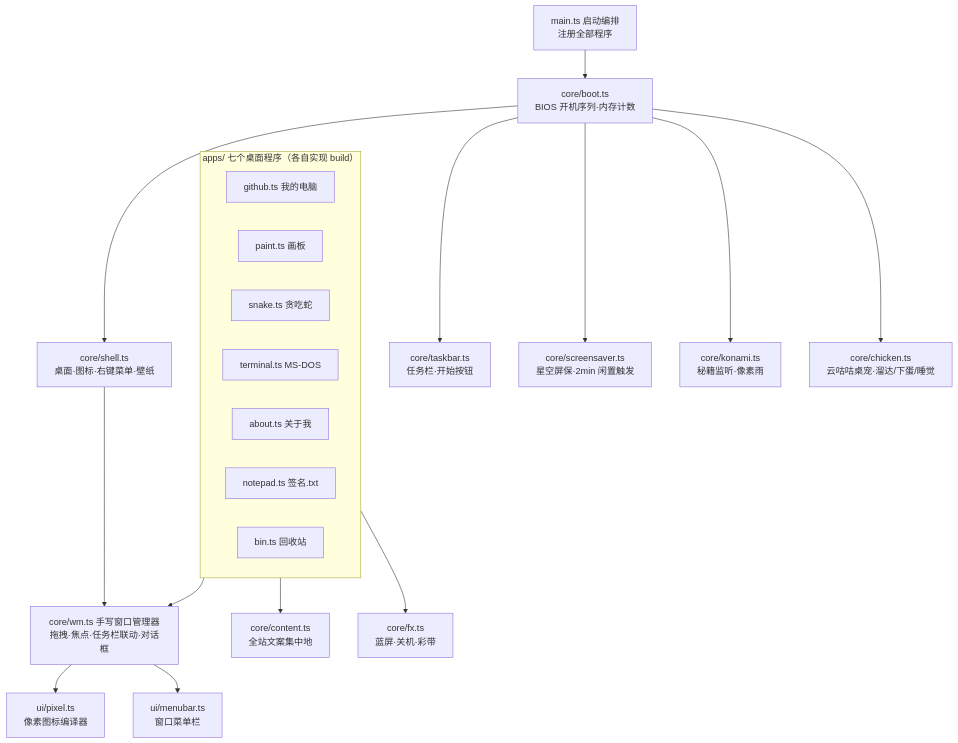
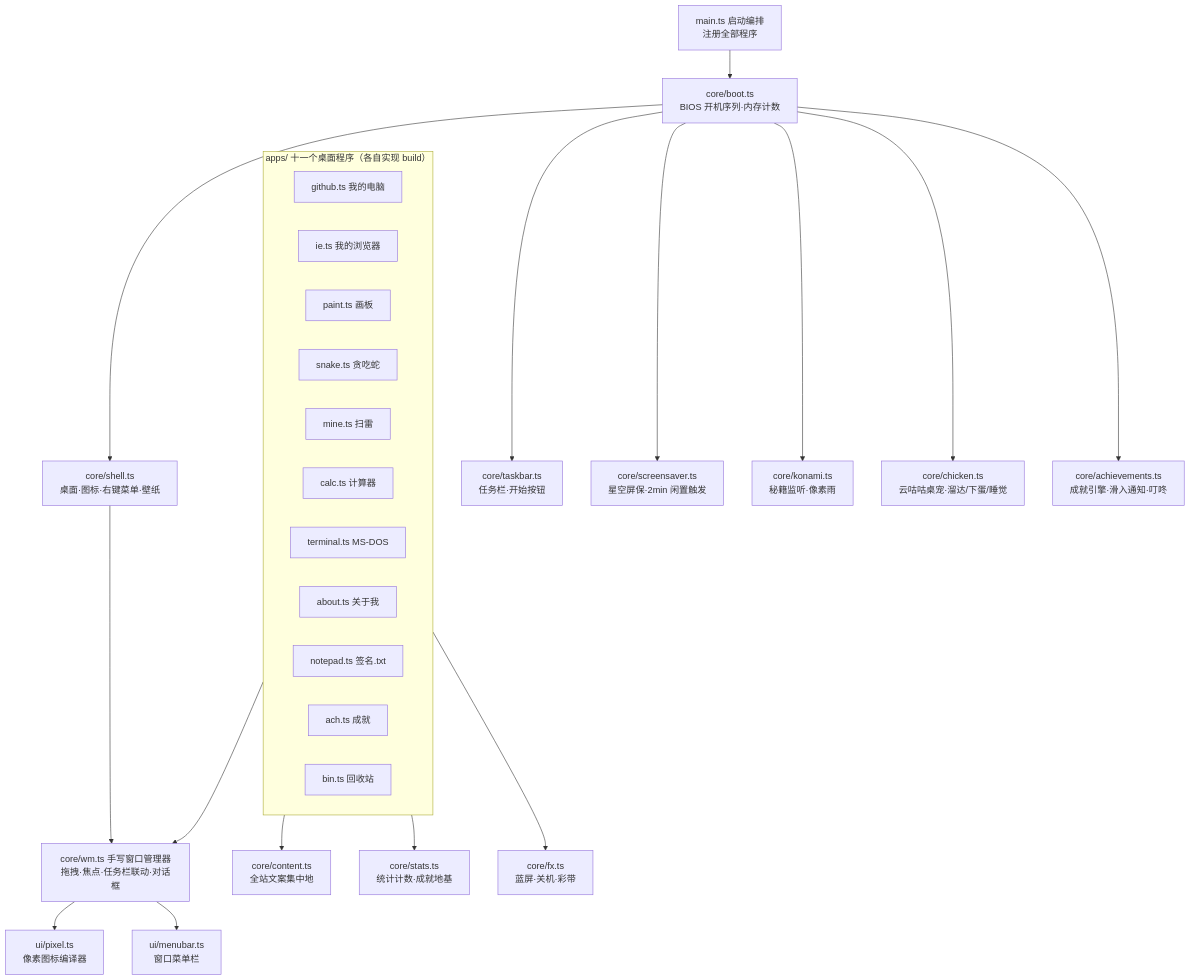
Before and after one commit to WeatherCore/Cloud-1998: the diagram in README.md, drawn with Mermaid. The commit also changed other lines of this file, not shown here.

````diff
--- a/README.md
+++ b/README.md
@@ -57,26 +67,32 @@
 ```mermaid
 flowchart TB
     main["main.ts 启动编排<br/>注册全部程序"] --> boot["core/boot.ts<br/>BIOS 开机序列·内存计数"]
     boot --> shell["core/shell.ts<br/>桌面·图标·右键菜单·壁纸"]
     boot --> taskbar["core/taskbar.ts<br/>任务栏·开始按钮"]
     boot --> saver["core/screensaver.ts<br/>星空屏保·2min 闲置触发"]
     boot --> konami["core/konami.ts<br/>秘籍监听·像素雨"]
     boot --> gugu["core/chicken.ts<br/>云咕咕桌宠·溜达/下蛋/睡觉"]
+    boot --> achv["core/achievements.ts<br/>成就引擎·滑入通知·叮咚"]
 
     shell --> wm
-    subgraph APPS ["apps/ 七个桌面程序（各自实现 build）"]
+    subgraph APPS ["apps/ 十一个桌面程序（各自实现 build）"]
         direction LR
         gh["github.ts 我的电脑"]
+        ie["ie.ts 我的浏览器"]
         paint["paint.ts 画板"]
         snake["snake.ts 贪吃蛇"]
+        mine["mine.ts 扫雷"]
+        calc["calc.ts 计算器"]
         term["terminal.ts MS-DOS"]
         about["about.ts 关于我"]
         note["notepad.ts 签名.txt"]
+        achApp["ach.ts 成就"]
         bin["bin.ts 回收站"]
     end
     APPS --> wm["core/wm.ts 手写窗口管理器<br/>拖拽·焦点·任务栏联动·对话框"]
     wm --> pixel["ui/pixel.ts<br/>像素图标编译器"]
     wm --> menubar["ui/menubar.ts<br/>窗口菜单栏"]
     APPS --> content["core/content.ts<br/>全站文案集中地"]
+    APPS --> stats["core/stats.ts<br/>统计计数·成就地基"]
     term --> fx["core/fx.ts<br/>蓝屏·关机·彩带"]
 ```
````
